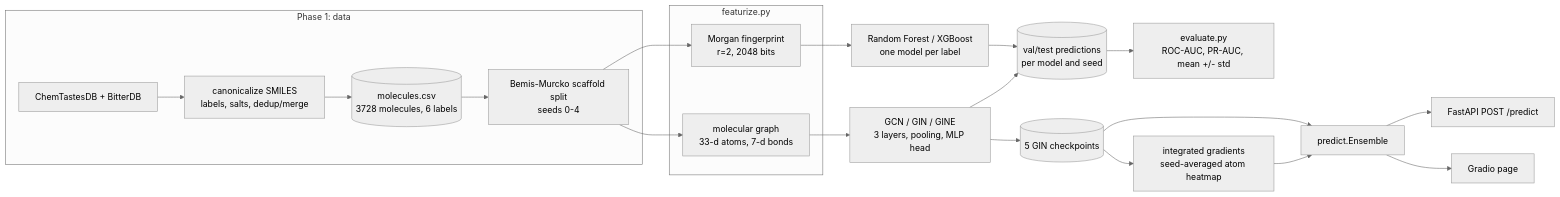
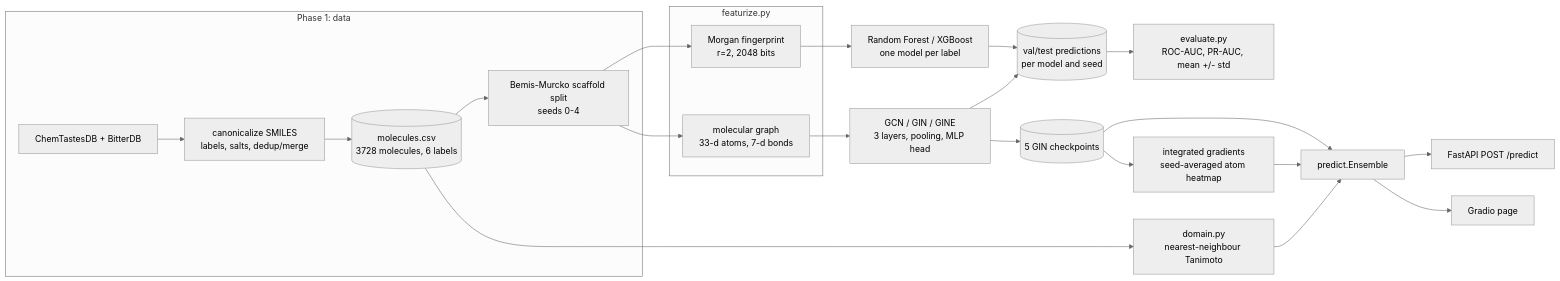
One commit to KrishNalam/Project-Tantalus changed the diagram in README.md. Above: the diagram before and after it, drawn with Mermaid (neutral theme). The commit also changed other lines of this file and 7 other files, not shown here.

````diff
--- a/README.md
+++ b/README.md
@@ -41,23 +41,24 @@
 ```mermaid
 flowchart LR
     subgraph Data["Phase 1: data"]
         A[ChemTastesDB + BitterDB] --> B[canonicalize SMILES<br/>labels, salts, dedup/merge]
         B --> C[(molecules.csv<br/>3728 molecules, 6 labels)]
         C --> D[Bemis-Murcko scaffold split<br/>seeds 0-4]
     end
     subgraph Feat["featurize.py"]
         E[Morgan fingerprint<br/>r=2, 2048 bits]
         F[molecular graph<br/>33-d atoms, 7-d bonds]
     end
     D --> E --> G[Random Forest / XGBoost<br/>one model per label]
     D --> F --> H[GCN / GIN / GINE<br/>3 layers, pooling, MLP head]
     G --> P[(val/test predictions<br/>per model and seed)]
     H --> P
     P --> M[evaluate.py<br/>ROC-AUC, PR-AUC, mean +/- std]
     H --> K[(5 GIN checkpoints)]
     K --> I[integrated gradients<br/>seed-averaged atom heatmap]
     K --> J[predict.Ensemble]
     I --> J
+    C --> AD[domain.py<br/>nearest-neighbour Tanimoto] --> J
     J --> API[FastAPI POST /predict]
     J --> UI[Gradio page]
 ```
````
